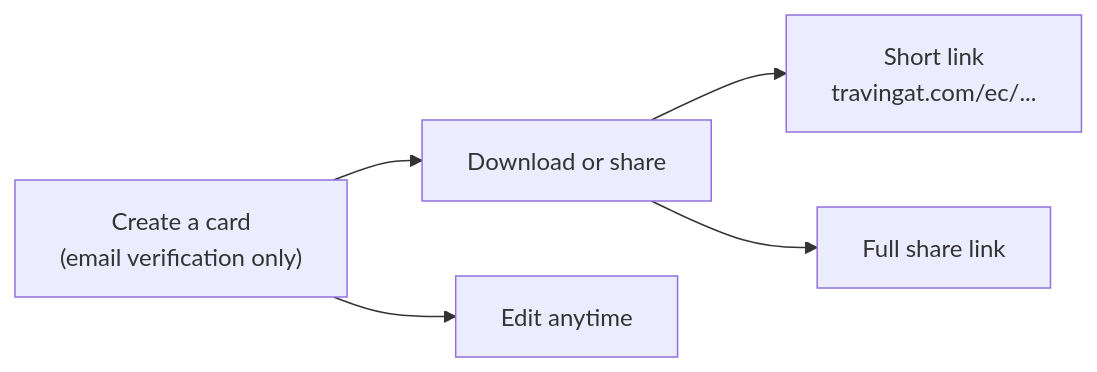
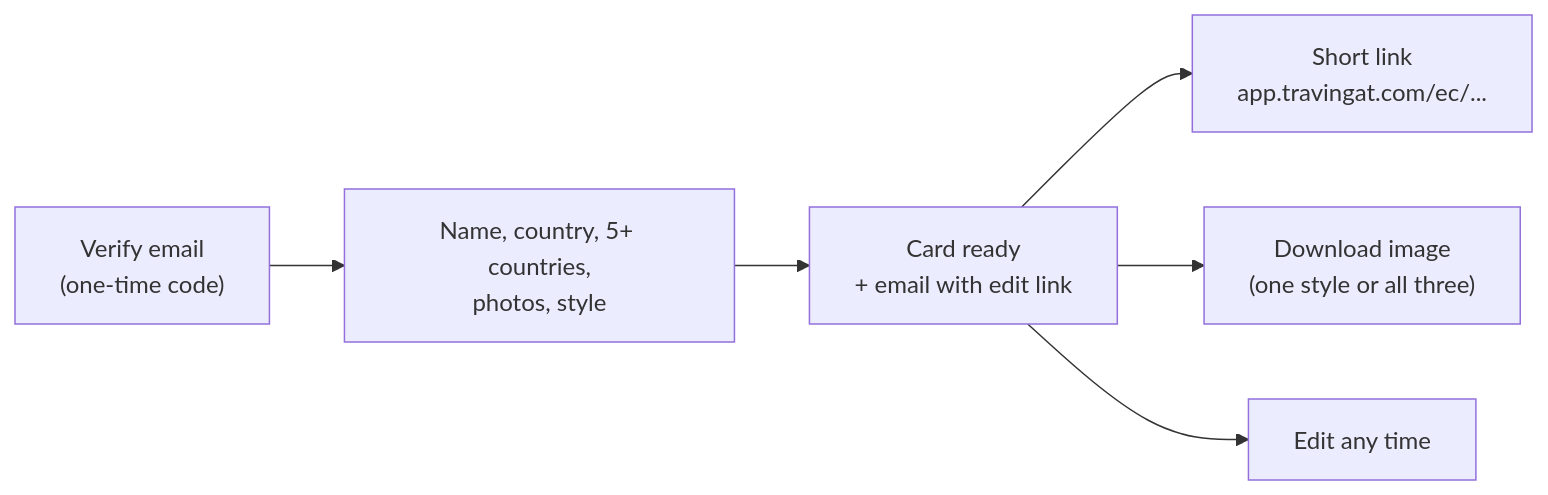
One commit to ss-travingat/devportal changed the first of 2 diagrams in src/docs/Explorer-Cards.md. Above: the diagram before and after it, drawn with Mermaid. The commit also changed other lines of this file and 7 other files, not shown here.

First line of the commit message:
docs: rewrite all tech docs against the current code

````diff
--- a/src/docs/Explorer-Cards.md
+++ b/src/docs/Explorer-Cards.md
@@ -13,7 +13,8 @@
 ```mermaid
 flowchart LR
-    Create["Create a card\n(email verification only)"] --> Success["Download or share"]
-    Success --> Short["Short link\ntravingat.com/ec/..."]
-    Success --> Long["Full share link"]
-    Create --> Edit["Edit anytime"]
+    Verify["Verify email\n(one-time code)"] --> Form["Name, country, 5+ countries,\nphotos, style"]
+    Form --> Card["Card ready\n+ email with edit link"]
+    Card --> Share["Short link\napp.travingat.com/ec/..."]
+    Card --> Download["Download image\n(one style or all three)"]
+    Card --> Edit["Edit any time"]
 ```
````
